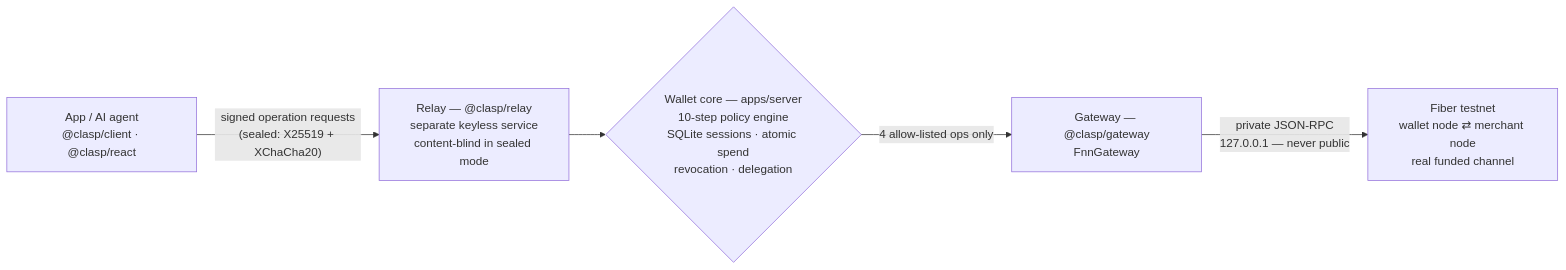
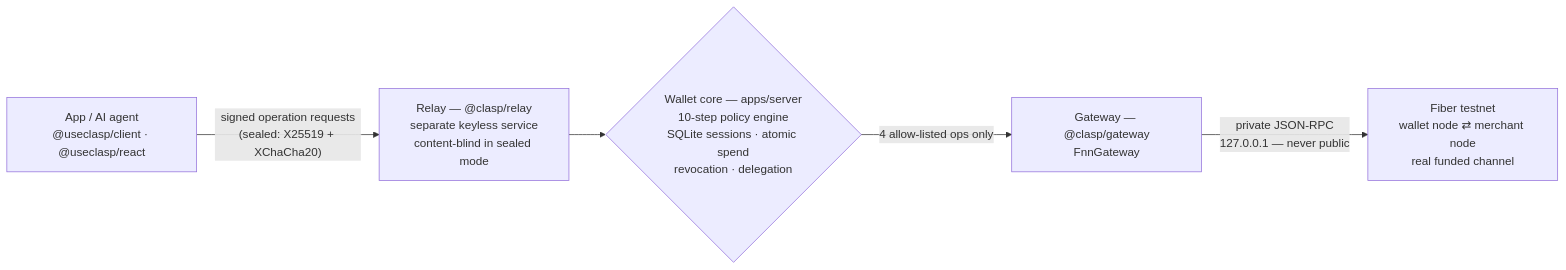
One commit to Enoch208/Clasp changed the diagram in README.md. Above: the diagram before and after it, drawn with Mermaid. The commit also changed other lines of this file and 6 other files, not shown here.

````diff
--- a/README.md
+++ b/README.md
@@ -127,7 +128,7 @@
 ```mermaid
 flowchart LR
-    APP["App / AI agent<br/>@clasp/client · @clasp/react"] -->|"signed operation requests<br/>(sealed: X25519 + XChaCha20)"| RELAY["Relay — @clasp/relay<br/>separate keyless service<br/>content-blind in sealed mode"]
+    APP["App / AI agent<br/>@useclasp/client · @useclasp/react"] -->|"signed operation requests<br/>(sealed: X25519 + XChaCha20)"| RELAY["Relay — @clasp/relay<br/>separate keyless service<br/>content-blind in sealed mode"]
     RELAY --> CORE{"Wallet core — apps/server<br/>10-step policy engine<br/>SQLite sessions · atomic spend<br/>revocation · delegation"}
     CORE -->|"4 allow-listed ops only"| GW["Gateway — @clasp/gateway<br/>FnnGateway"]
     GW -->|"private JSON-RPC<br/>127.0.0.1 — never public"| FNN["Fiber testnet<br/>wallet node ⇄ merchant node<br/>real funded channel"]
 ```
````
